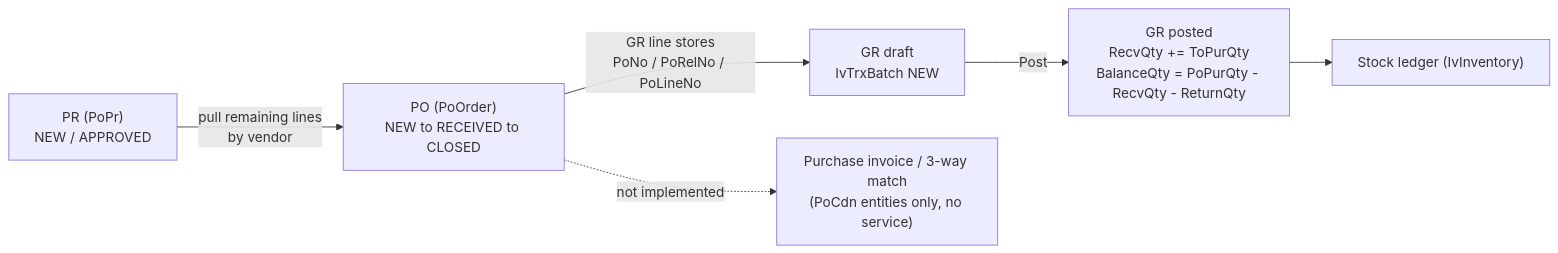
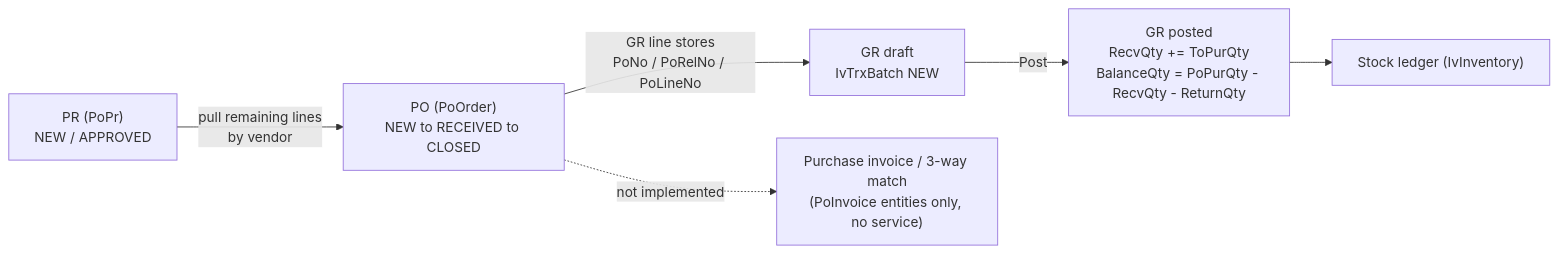
One commit to mokth/net10projectTemplate changed the diagram in plans/procuretment-plan.md. Above: the diagram before and after it, drawn with Mermaid. The commit also changed other lines of this file and 49 other files, not shown here.

````diff
--- a/plans/procuretment-plan.md
+++ b/plans/procuretment-plan.md
@@ -52,8 +52,8 @@
 ```mermaid
 flowchart LR
   PR["PR (PoPr)\nNEW / APPROVED"] -->|pull remaining lines\nby vendor| PO["PO (PoOrder)\nNEW to RECEIVED to CLOSED"]
   PO -->|GR line stores\nPoNo / PoRelNo / PoLineNo| GRD["GR draft\nIvTrxBatch NEW"]
   GRD -->|Post| GRP["GR posted\nRecvQty += ToPurQty\nBalanceQty = PoPurQty - RecvQty - ReturnQty"]
-  PO -.->|not implemented| PI["Purchase invoice / 3-way match\n(PoCdn entities only, no service)"]
+  PO -.->|not implemented| PI["Purchase invoice / 3-way match\n(PoInvoice entities only, no service)"]
   GRP --> INV["Stock ledger (IvInventory)"]
 ```
````
